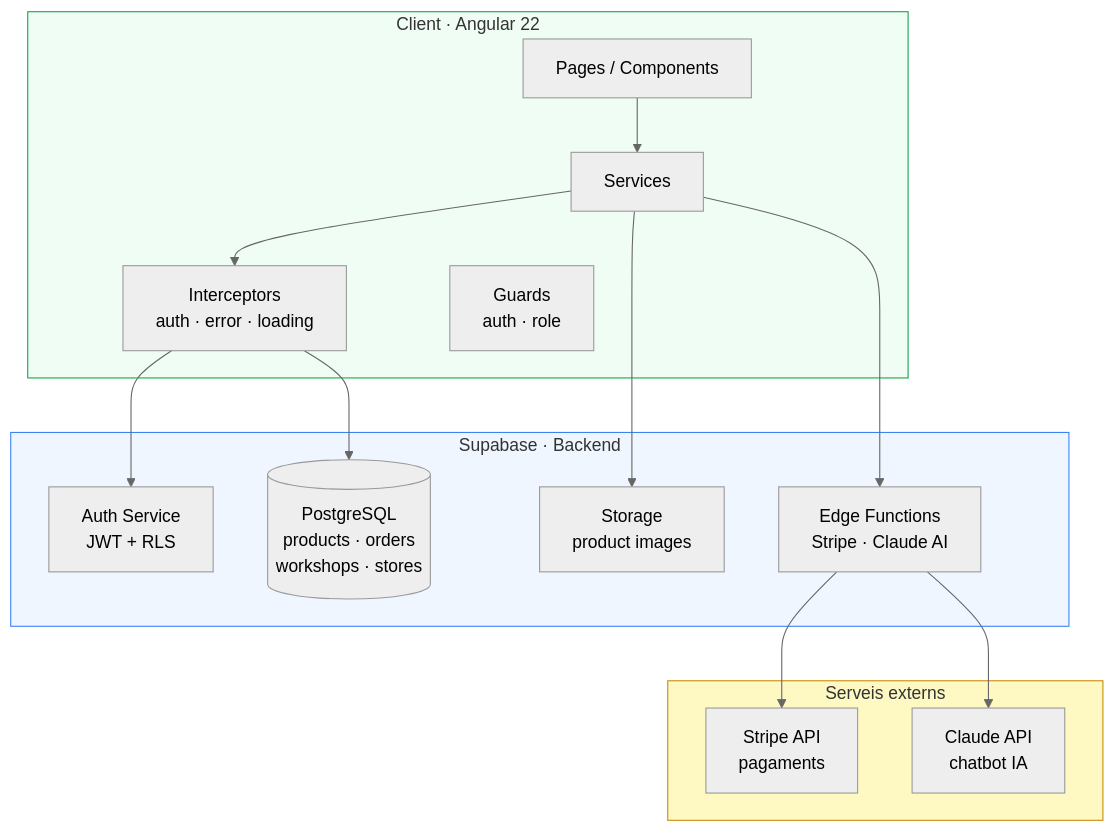
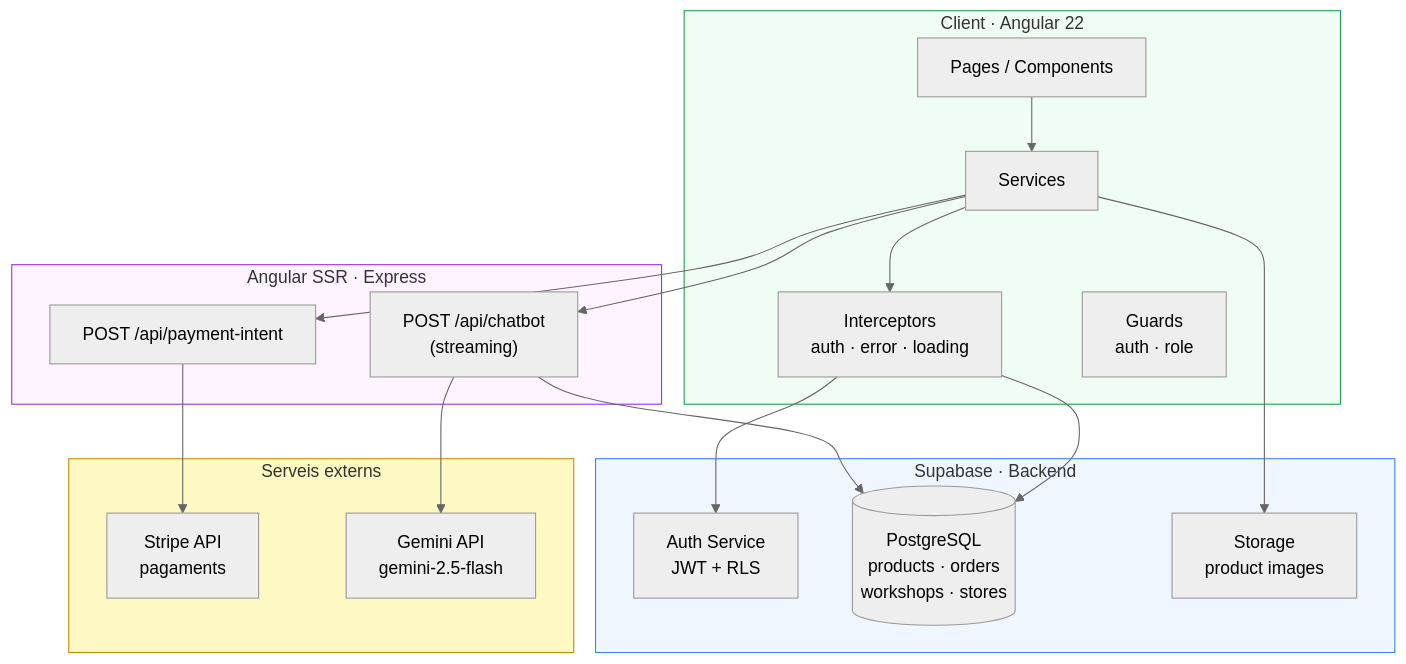
The first of 8 diagrams in DIAGRAMS.md (isahun/winter-garden), drawn with Mermaid (neutral theme) before and after one commit. The commit also changed other lines of this file and 1 other file, not shown here.

Commit message:
docs: update diagrams and wireframes to reflect current implementation

````diff
--- a/DIAGRAMS.md
+++ b/DIAGRAMS.md
@@ -9,34 +9,41 @@
 ```mermaid
 graph TB
     subgraph Client["Client · Angular 22"]
         UI[Pages / Components]
         SVC[Services]
         INT["Interceptors<br/>auth · error · loading"]
         GRD["Guards<br/>auth · role"]
     end
 
+    subgraph SSR["Angular SSR · Express"]
+        API_PAY["POST /api/payment-intent"]
+        API_CHAT["POST /api/chatbot<br/>(streaming)"]
+    end
+
     subgraph Supabase["Supabase · Backend"]
         AUTH["Auth Service<br/>JWT + RLS"]
         DB[("PostgreSQL<br/>products · orders<br/>workshops · stores")]
         STR["Storage<br/>product images"]
-        EFN["Edge Functions<br/>Stripe · Claude AI"]
     end
 
     subgraph External["Serveis externs"]
         STRIPE["Stripe API<br/>pagaments"]
-        CLAUDE["Claude API<br/>chatbot IA"]
+        GEMINI["Gemini API<br/>gemini-2.5-flash"]
     end
 
     UI --> SVC
     SVC --> INT
     INT --> AUTH
     INT --> DB
-    SVC --> EFN
     SVC --> STR
-    EFN --> STRIPE
-    EFN --> CLAUDE
+    SVC --> API_PAY
+    SVC --> API_CHAT
+    API_PAY --> STRIPE
+    API_CHAT --> DB
+    API_CHAT --> GEMINI
 
     style Client fill:#f0fdf4,stroke:#16a34a
+    style SSR fill:#fdf4ff,stroke:#9333ea
     style Supabase fill:#eff6ff,stroke:#3b82f6
     style External fill:#fef9c3,stroke:#ca8a04
 ```
````
